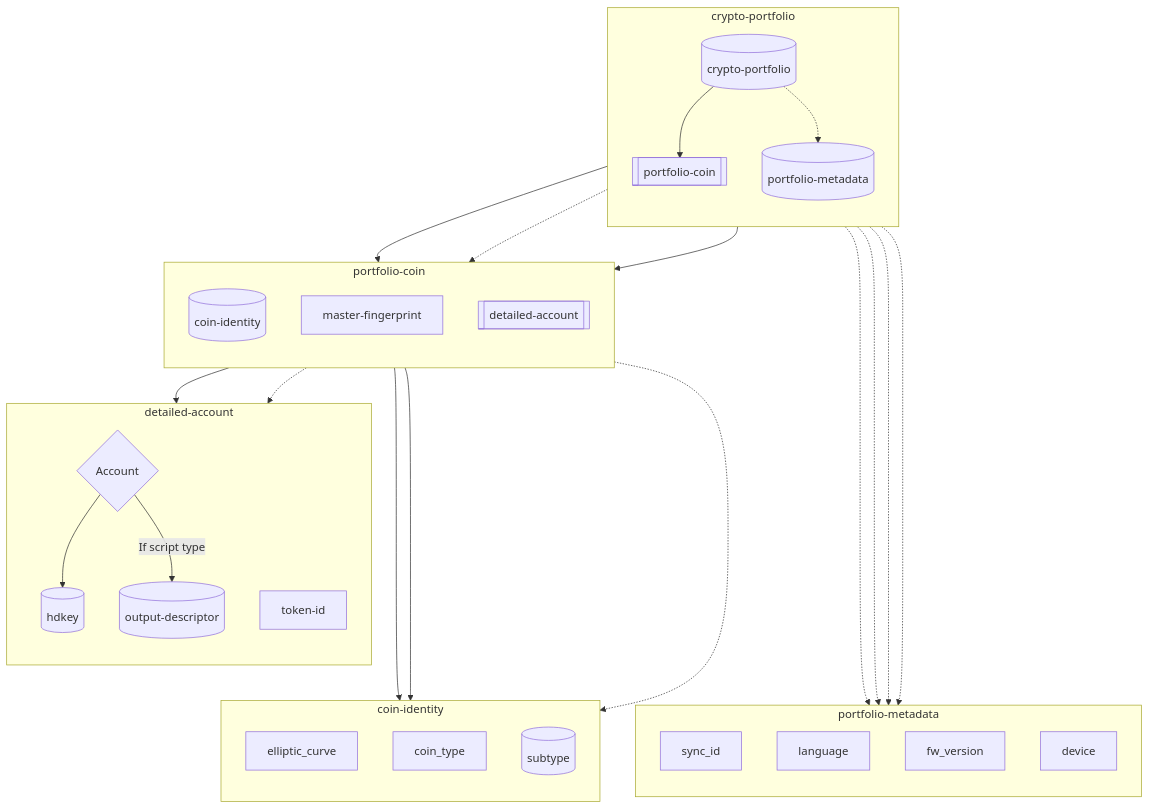
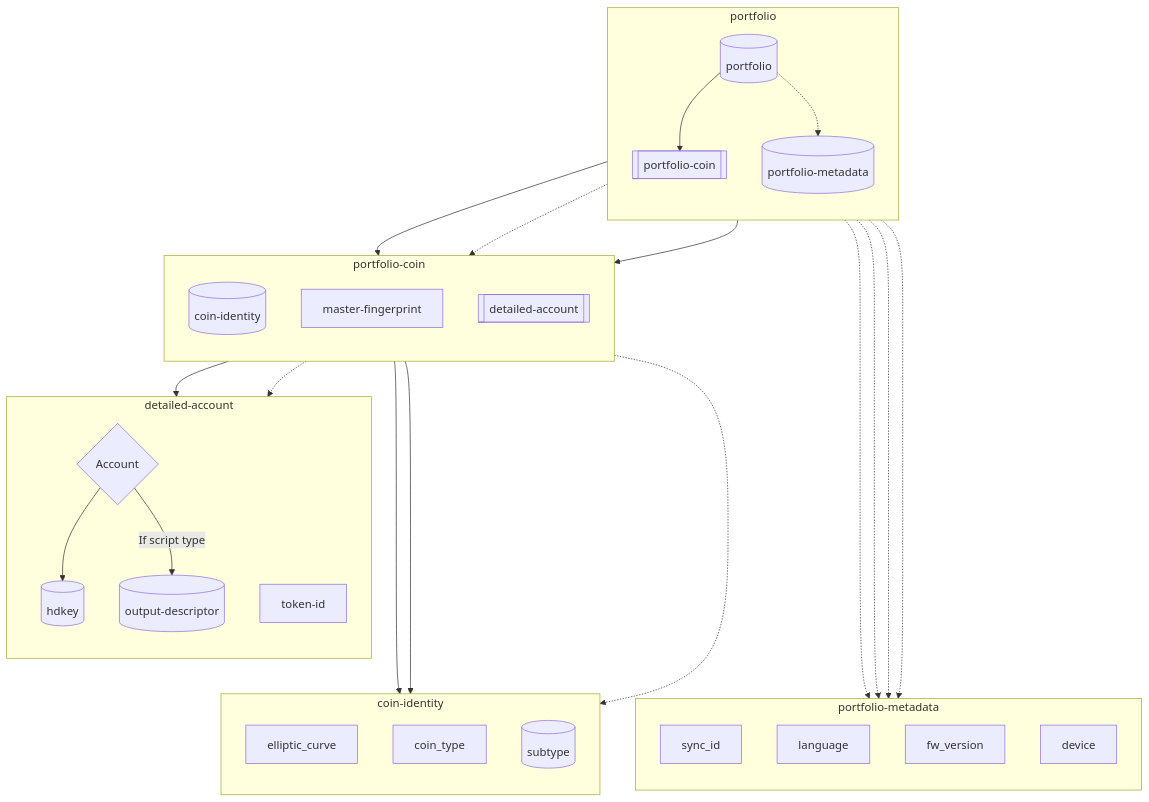
The fourth of 4 diagrams in papers/nbcr-2023-002-multi-layer-sync.md (ngraveio/Research), drawn with Mermaid before and after one commit. The commit also changed other lines of this file, not shown here.

Commit message:
NBCR: Update crypto-portfolio (#6.1405) to portfolio (#6.41405)

````diff
--- a/papers/nbcr-2023-002-multi-layer-sync.md
+++ b/papers/nbcr-2023-002-multi-layer-sync.md
@@ -458,44 +458,44 @@
 ```mermaid
 flowchart TB
 	%% crypto-sync breakdown
-	Sync[(crypto-portfolio)]
-	subgraph crypto-portfolio
+	Sync[(portfolio)]
+	subgraph portfolio
     direction TB
 	Sync --> Coins[[portfolio-coin]]
 	Sync -.-> Meta[(portfolio-metadata)]
     end
 
 	%% portfolio-metadata breakdown
 	subgraph portfolio-metadata
     direction TB
 	Meta -...-> sync_id
 	Meta -...-> language
 	Meta -...-> fw_version
 	Meta -...-> device
 	end
 
 	%% portfolio-coin breakdown
 	subgraph portfolio-coin
     direction TB
 	Coins --> ID[(coin-identity)]
     Coins -.-> MF2[master-fingerprint]
 	Coins --> DetAcc[[detailed-account]]
     end
 
     %% detailed-account breakdown
     subgraph detailed-account
     direction TB
     DetAcc --> key{Account}
 	key --> HD[(hdkey)]
 	key --> |If script type| Out[(output-descriptor)]
 	DetAcc -.-> token-id
 	end
 
 	%% coin-identity breakdown
 	subgraph coin-identity
     direction TB
 	ID ---> elliptic_curve
 	ID ---> coin_type
 	ID -..-> Subtypes[(subtype)]
 	end
 ```
````
